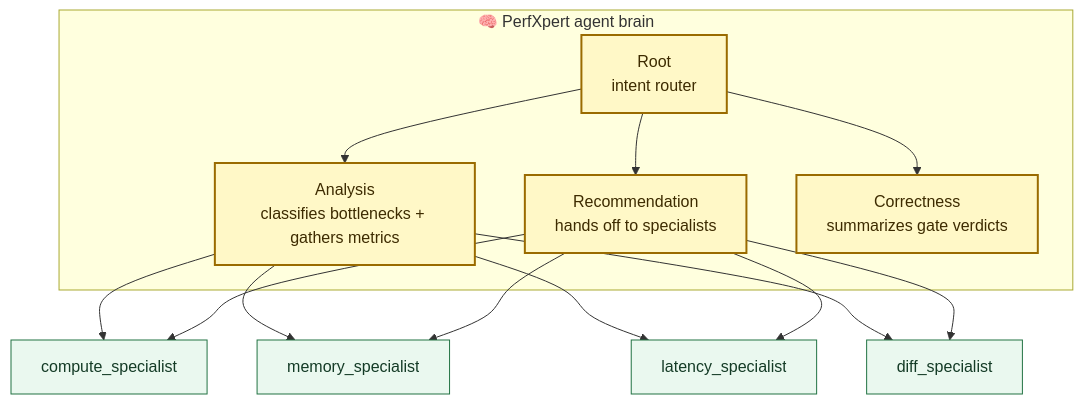
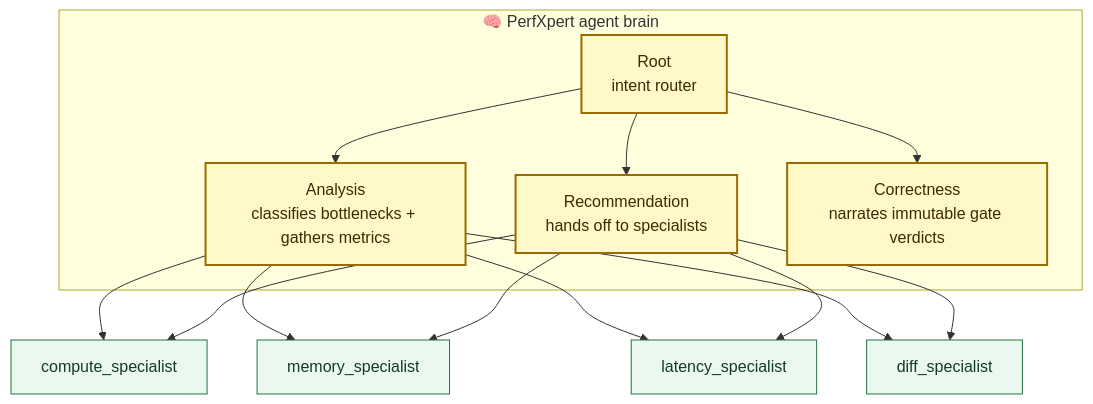
The diagram in experimental/python/perfxpert/docs/architecture.md (ROCm/rocm-systems), drawn with Mermaid before and after one commit. The commit also changed other lines of this file, not shown here.

Commit message:
perfxpert: align agent architecture docs

````diff
--- a/experimental/python/perfxpert/docs/architecture.md
+++ b/experimental/python/perfxpert/docs/architecture.md
@@ -17,32 +17,32 @@
 ```mermaid
 flowchart TD
   classDef brain fill:#fff8c7,stroke:#9a6b00,color:#3d2b00,stroke-width:2px
   classDef specialist fill:#eaf8ef,stroke:#227343,color:#143b26,stroke-width:1px
 
   subgraph brainSection["🧠 PerfXpert agent brain"]
     root["Root<br/>intent router"]
     analysis["Analysis<br/>classifies bottlenecks + gathers metrics"]
     recommendation["Recommendation<br/>hands off to specialists"]
-    correctness["Correctness<br/>summarizes gate verdicts"]
+    correctness["Correctness<br/>narrates immutable gate verdicts"]
   end
 
   compute["compute_specialist"]
   memory["memory_specialist"]
   latency["latency_specialist"]
   diff["diff_specialist"]
 
   root --> analysis
   root --> recommendation
   root --> correctness
   analysis --> compute
   analysis --> memory
   analysis --> latency
   analysis --> diff
   recommendation --> compute
   recommendation --> memory
   recommendation --> latency
   recommendation --> diff
 
   class root,analysis,recommendation,correctness brain
   class compute,memory,latency,diff specialist
 ```
````
